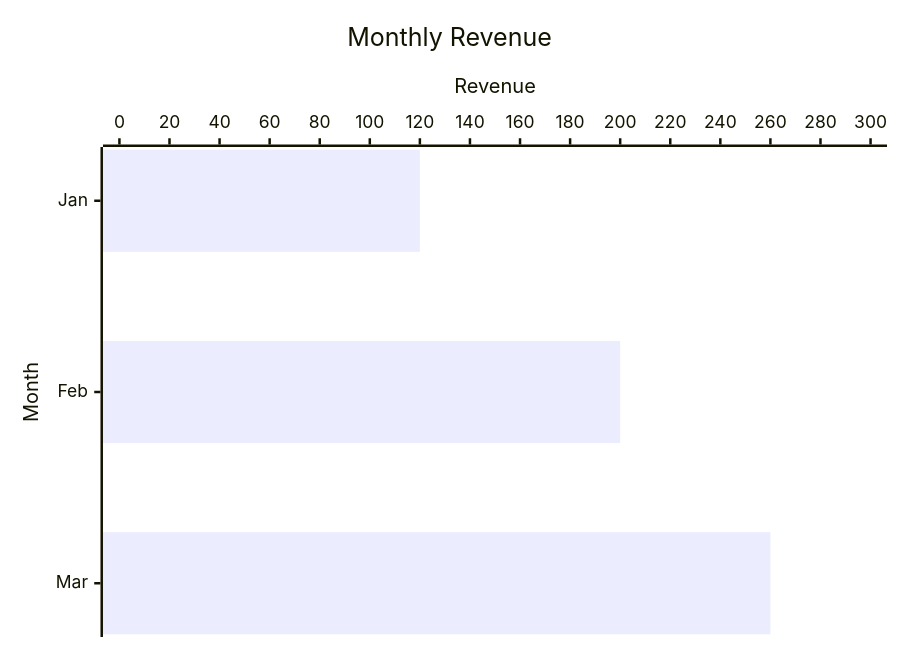
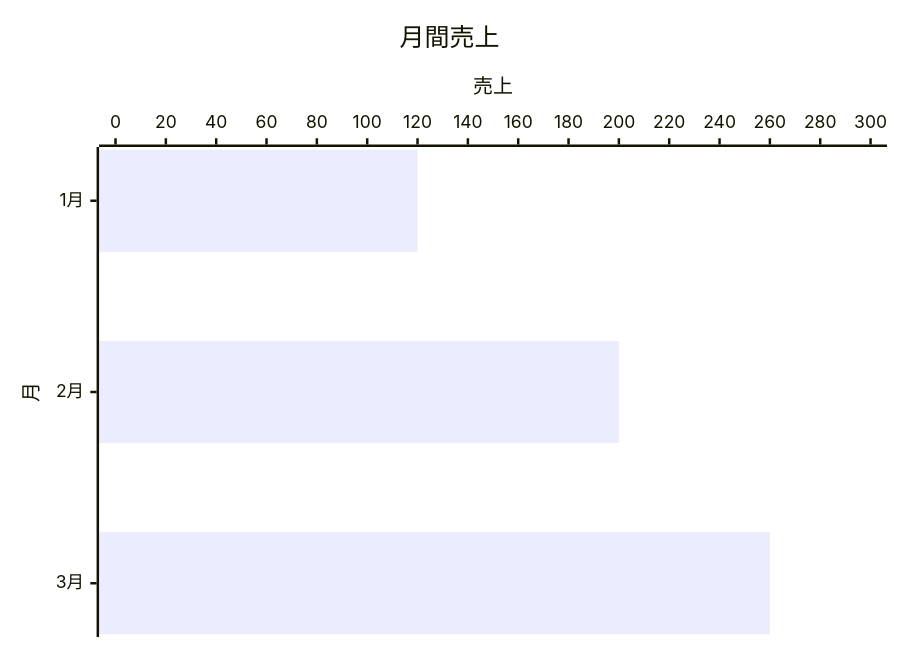
One commit to kohdice/mp-rs changed diagram 29 of 29 in examples/EXAMPLE_ja.md. Above: the diagram before and after it, drawn with Mermaid. The commit also changed other lines of this file and 1 other file, not shown here.

````diff
--- a/examples/EXAMPLE_ja.md
+++ b/examples/EXAMPLE_ja.md
@@ -432,7 +617,7 @@
 ```mermaid
 xychart horizontal
-title "Monthly Revenue"
-x-axis "Month" [Jan, Feb, Mar]
-y-axis "Revenue" 0 --> 300
+title "月間売上"
+x-axis "月" ["1月", "2月", "3月"]
+y-axis "売上" 0 --> 300
 bar [120, 200, 260]
 ```
````
